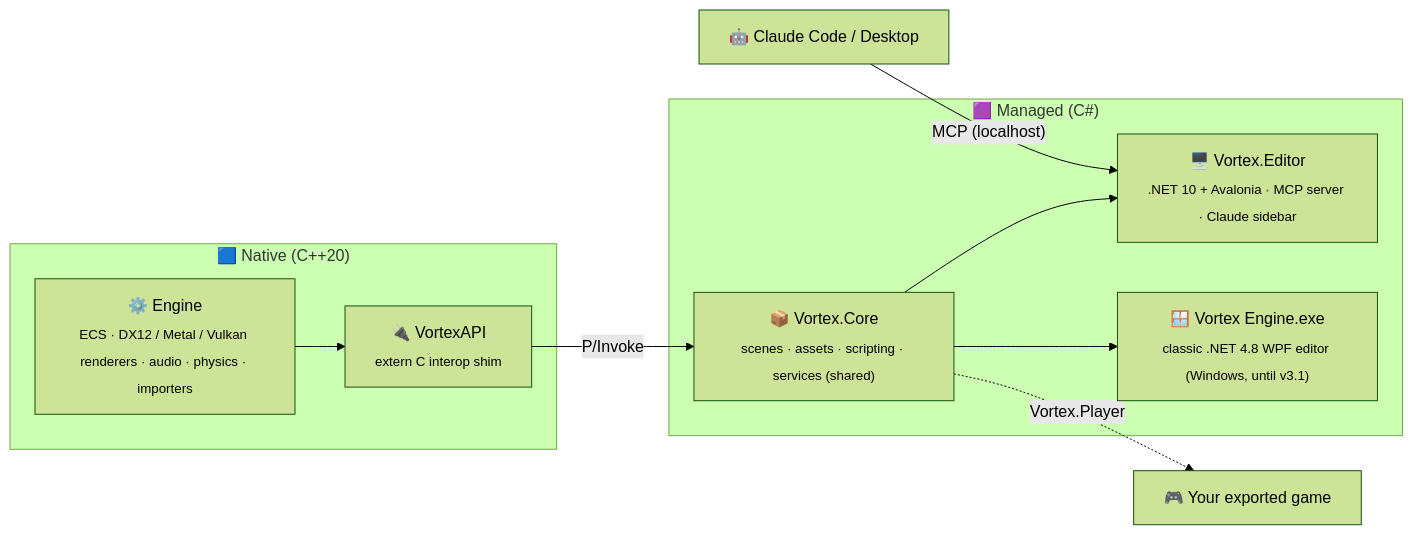
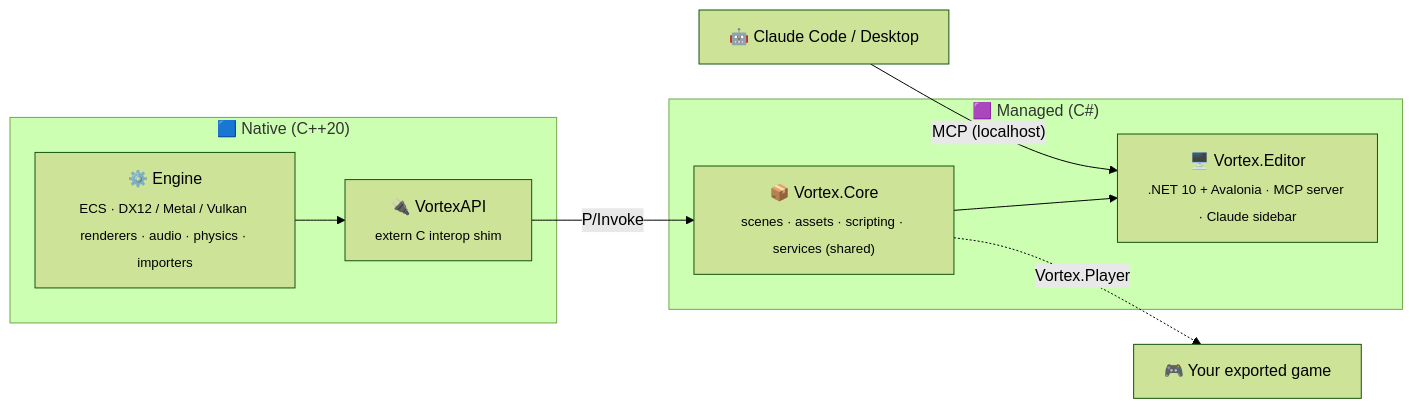
The diagram in README.md (shadow-kernel/Vortex-Engine), drawn with Mermaid (forest theme) before and after one commit. The commit also changed other lines of this file and 162 other files, not shown here.

````diff
--- a/README.md
+++ b/README.md
@@ -80,18 +80,16 @@
 ```mermaid
 flowchart LR
     subgraph Native["🟦 Native (C++20)"]
         ENG["⚙️ Engine<br/><sub>ECS · DX12 / Metal / Vulkan renderers · audio · physics · importers</sub>"]
         API["🔌 VortexAPI<br/><sub>extern C interop shim</sub>"]
         ENG --> API
     end
     subgraph Managed["🟪 Managed (C#)"]
         CORE["📦 Vortex.Core<br/><sub>scenes · assets · scripting · services (shared)</sub>"]
         AV["🖥️ Vortex.Editor<br/><sub>.NET 10 + Avalonia · MCP server · Claude sidebar</sub>"]
-        WPF["🪟 Vortex Engine.exe<br/><sub>classic .NET 4.8 WPF editor (Windows, until v3.1)</sub>"]
         CORE --> AV
-        CORE --> WPF
     end
     API -- "P/Invoke" --> CORE
     CORE -. "Vortex.Player" .-> GAME["🎮 Your exported game"]
     CLAUDE["🤖 Claude Code / Desktop"] -- "MCP (localhost)" --> AV
 ```
````
